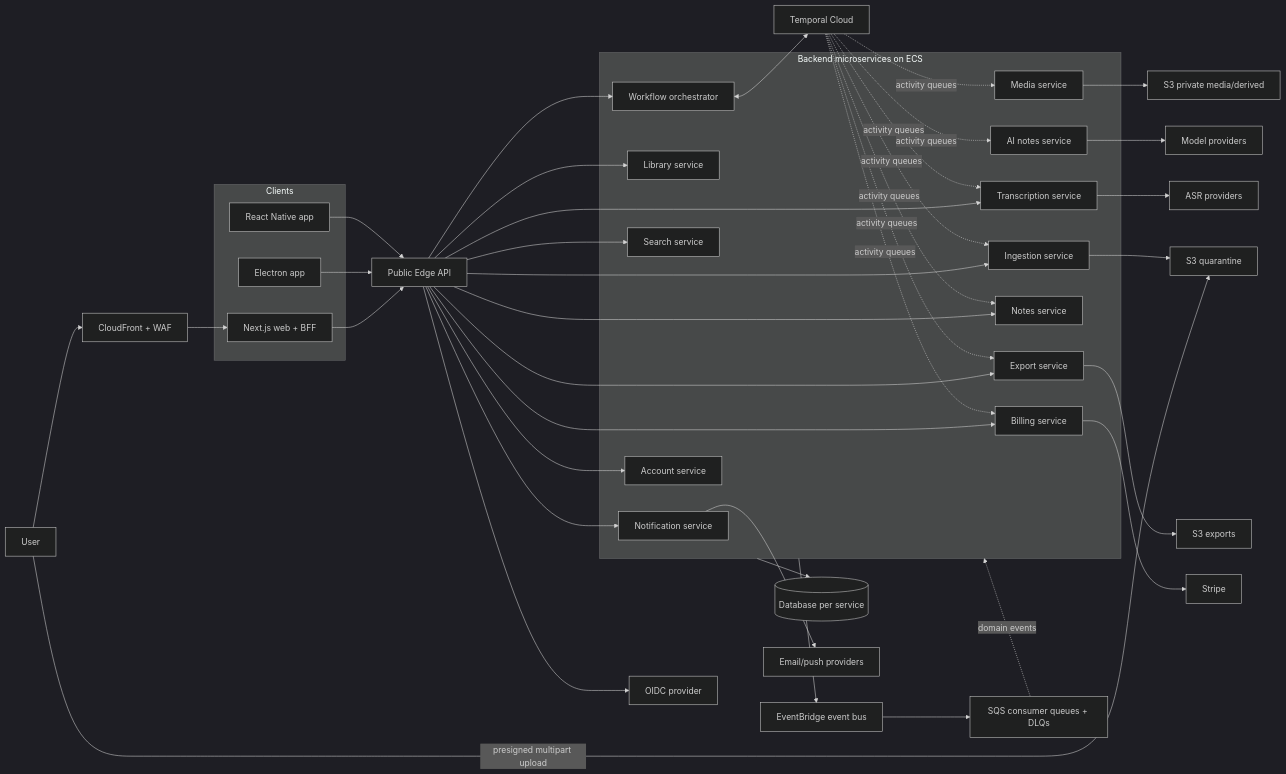
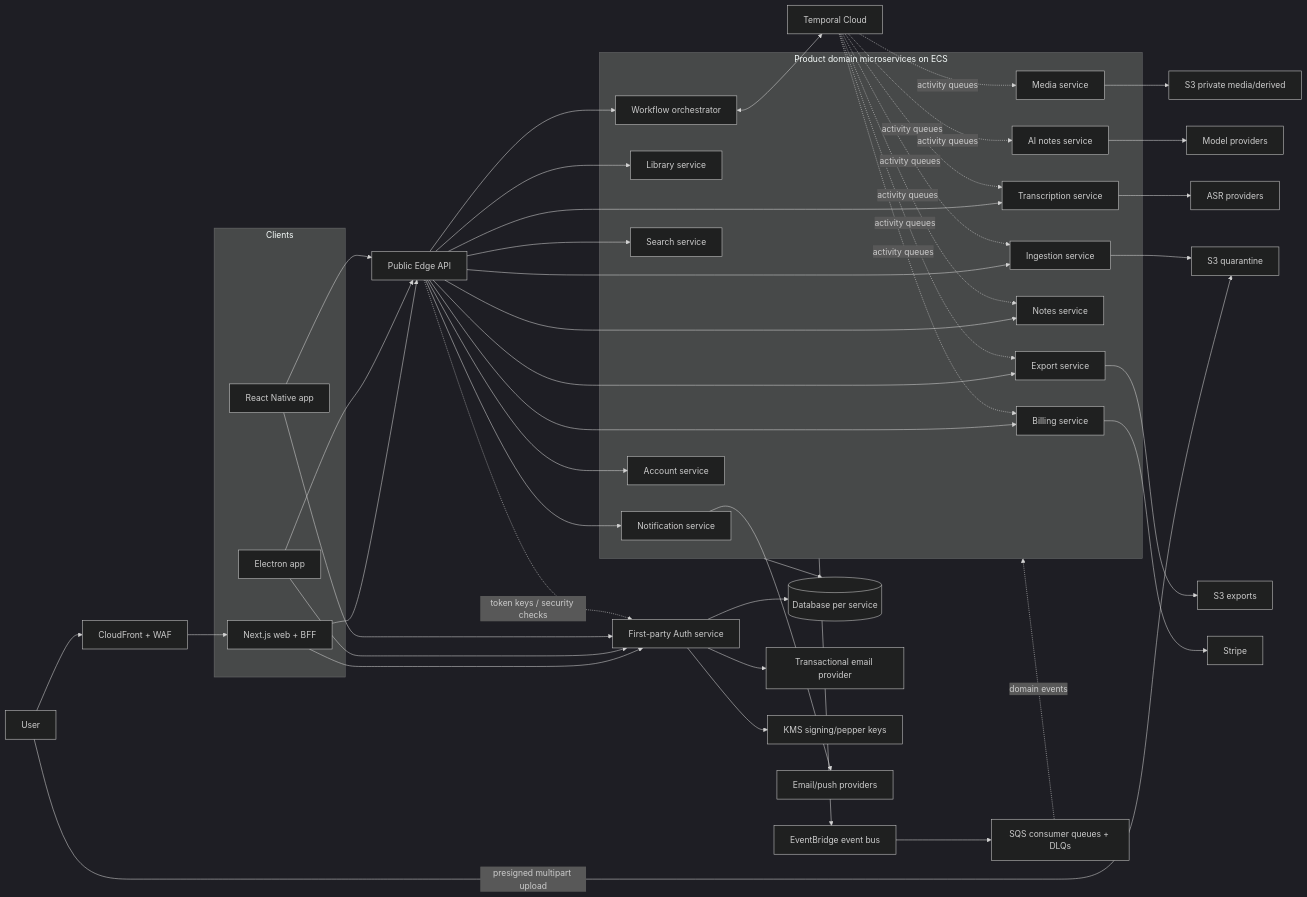
Before and after one commit to dev-hans-programmer/ai-study-notes-creator-from-video-control-plane: the first of 4 diagrams in TRD.md, drawn with Mermaid (dark theme). The commit also changed other lines of this file and 8 other files, not shown here.

````diff
--- a/TRD.md
+++ b/TRD.md
@@ -185,65 +185,71 @@
 ```mermaid
 flowchart LR
     subgraph Clients
         WEB[Next.js web + BFF]
         DESKTOP[Electron app]
         MOBILE[React Native app]
     end
 
     U[User] --> CF[CloudFront + WAF]
     CF --> WEB
+    WEB --> AUTH[First-party Auth service]
+    DESKTOP --> AUTH
+    MOBILE --> AUTH
     WEB --> EDGE[Public Edge API]
     DESKTOP --> EDGE
     MOBILE --> EDGE
     U -->|presigned multipart upload| S3Q[S3 quarantine]
 
-    subgraph Domain_services[Backend microservices on ECS]
+    subgraph Domain_services[Product domain microservices on ECS]
         ACCOUNT[Account service]
         LIBRARY[Library service]
         INGEST[Ingestion service]
         FLOW[Workflow orchestrator]
         MEDIA[Media service]
         TRANSCRIPT[Transcription service]
         AINOTES[AI notes service]
         NOTES[Notes service]
         SEARCH[Search service]
         EXPORT[Export service]
         BILLING[Billing service]
         NOTIFY[Notification service]
     end
 
+    EDGE -. token keys / security checks .-> AUTH
     EDGE --> ACCOUNT
     EDGE --> LIBRARY
     EDGE --> INGEST
     EDGE --> FLOW
     EDGE --> TRANSCRIPT
     EDGE --> NOTES
     EDGE --> SEARCH
     EDGE --> EXPORT
     EDGE --> BILLING
     EDGE --> NOTIFY
 
     FLOW <--> TEMP[Temporal Cloud]
     TEMP -. activity queues .-> INGEST
     TEMP -. activity queues .-> MEDIA
     TEMP -. activity queues .-> TRANSCRIPT
     TEMP -. activity queues .-> AINOTES
     TEMP -. activity queues .-> NOTES
     TEMP -. activity queues .-> BILLING
     TEMP -. activity queues .-> EXPORT
 
     INGEST --> S3Q
     MEDIA --> S3P[S3 private media/derived]
     TRANSCRIPT --> ASR[ASR providers]
     AINOTES --> MODELS[Model providers]
     EXPORT --> S3E[S3 exports]
 
     Domain_services --> BUS[EventBridge event bus]
     BUS --> QUEUES[SQS consumer queues + DLQs]
     QUEUES -. domain events .-> Domain_services
     Domain_services --> DBS[(Database per service)]
+    AUTH --> DBS
 
-    EDGE --> AUTH[OIDC provider]
+    AUTH --> EMAIL[Transactional email provider]
+    AUTH --> KMS[KMS signing/pepper keys]
     BILLING --> STRIPE[Stripe]
-    NOTIFY --> EMAIL[Email/push providers]
+    NOTIFY --> DELIVERY[Email/push providers]
 ```
````
